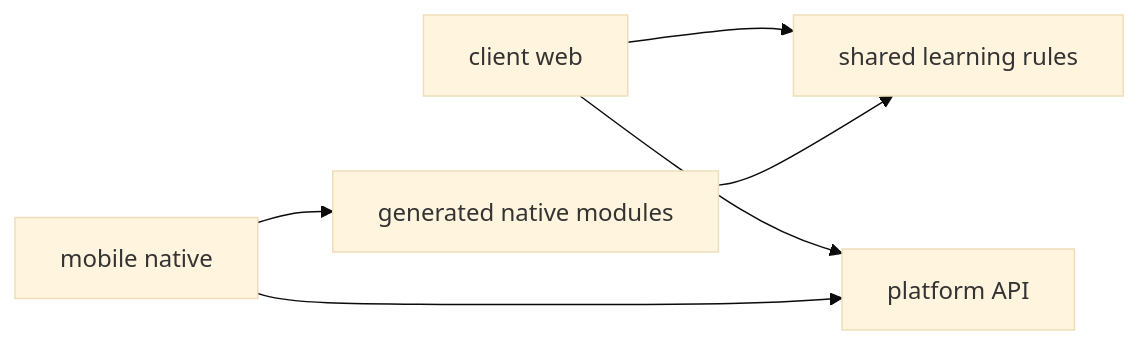
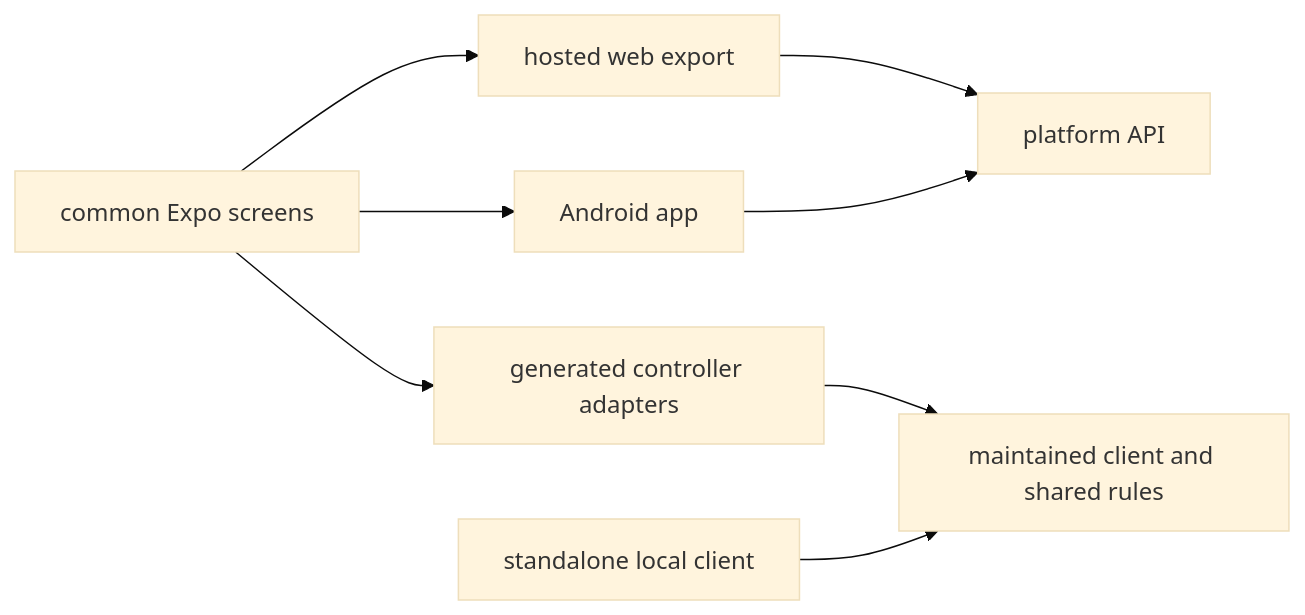
One commit to JaceDashS/japanese-companion changed the diagram in docs/architecture/10-overview.md. Above: the diagram before and after it, drawn with Mermaid (base theme). The commit also changed other lines of this file and 54 other files, not shown here.

First line of the commit message:
[feat] Share Japanese screens across web and Android

````diff
--- a/docs/architecture/10-overview.md
+++ b/docs/architecture/10-overview.md
@@ -10,8 +11,10 @@
 ```mermaid
 flowchart LR
- W["client web"] --> S["shared learning rules"]
- M["mobile native"] --> G["generated native modules"]
- G --> S
+ C["common Expo screens"] --> W["hosted web export"]
+ C --> M["Android app"]
+ C --> G["generated controller adapters"]
+ G --> S["maintained client and shared rules"]
+ L["standalone local client"] --> S
  W --> A["platform API"]
  M --> A
 ```
````
